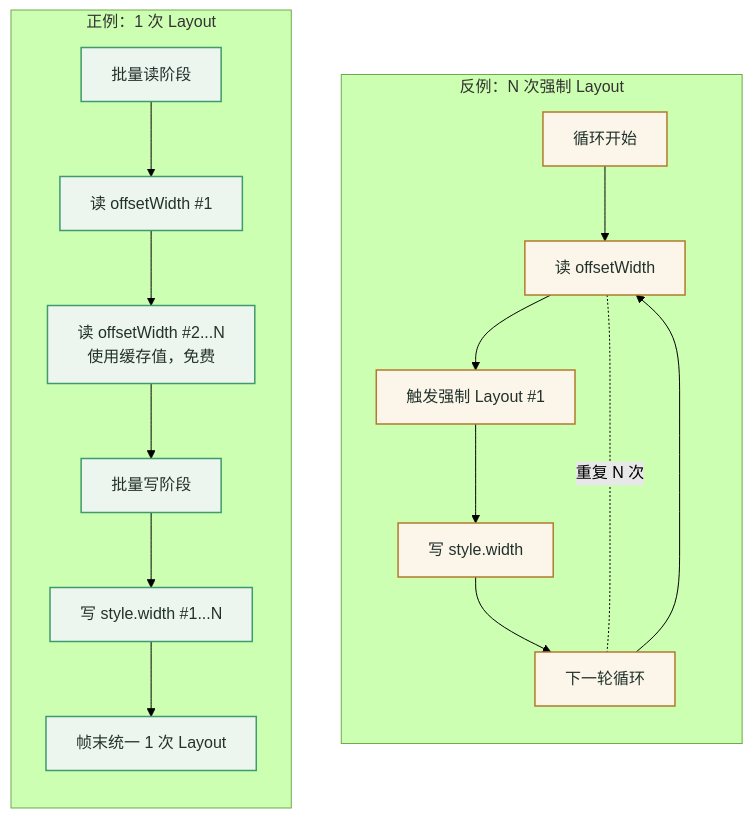
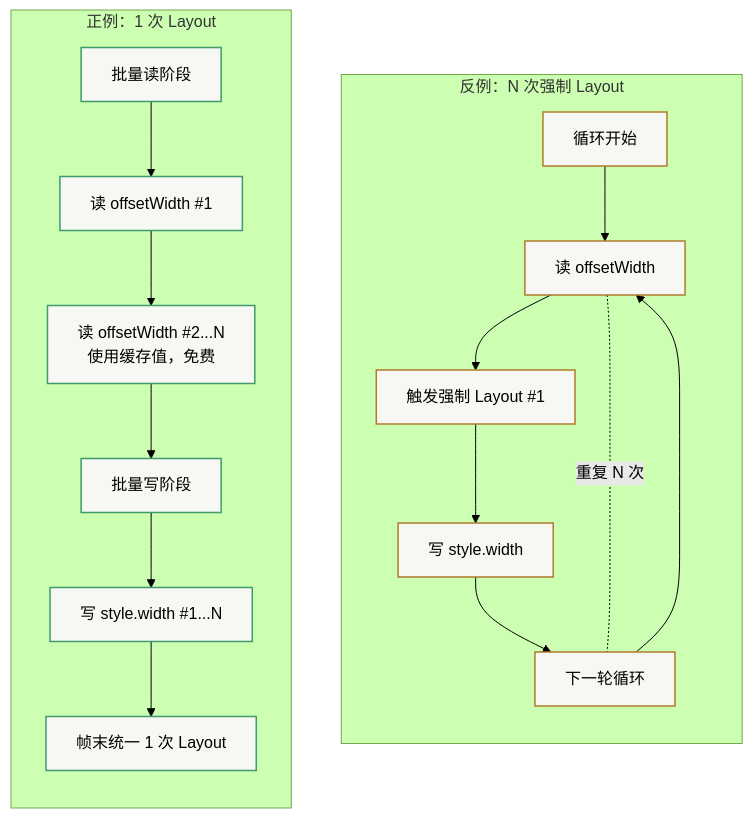
Before and after one commit to Fatejian/frontier-vault: the second of 2 diagrams in docs/browser/layout-thrashing.md, drawn with Mermaid (forest theme). The commit also changed other lines of this file and 65 other files, not shown here.

First line of the commit message:
fix(theme): unify mermaid chart palette and remove solid core fills

````diff
--- a/docs/browser/layout-thrashing.md
+++ b/docs/browser/layout-thrashing.md
@@ -202,27 +202,27 @@
 ```mermaid
 flowchart TB
     subgraph Bad["反例：N 次强制 Layout"]
         direction TB
         B1[循环开始] --> B2[读 offsetWidth]
         B2 --> B3[触发强制 Layout #1]
         B3 --> B4[写 style.width]
         B4 --> B5[下一轮循环]
         B5 --> B2
         B2 -.重复 N 次.- B5
     end
 
     subgraph Good["正例：1 次 Layout"]
         direction TB
         G1[批量读阶段] --> G2[读 offsetWidth #1]
         G2 --> G3["读 offsetWidth #2...N<br/>使用缓存值，免费"]
         G3 --> G4[批量写阶段]
         G4 --> G5[写 style.width #1...N]
         G5 --> G6[帧末统一 1 次 Layout]
     end
 
-    classDef block fill:#FBF5EA,stroke:#B27B2C,color:#22322B,stroke-width:1.5px;
-    classDef work fill:#EDF5EF,stroke:#3E9B6B,color:#22322B,stroke-width:1.5px;
+    classDef block fill:#F7F7F3,stroke:#B27B2C,stroke-width:1.5px;
+    classDef work fill:#F7F7F3,stroke:#3E9B6B,stroke-width:1.5px;
 
     class B1,B2,B3,B4,B5 block;
     class G1,G2,G3,G4,G5,G6 work;
 ```
````
